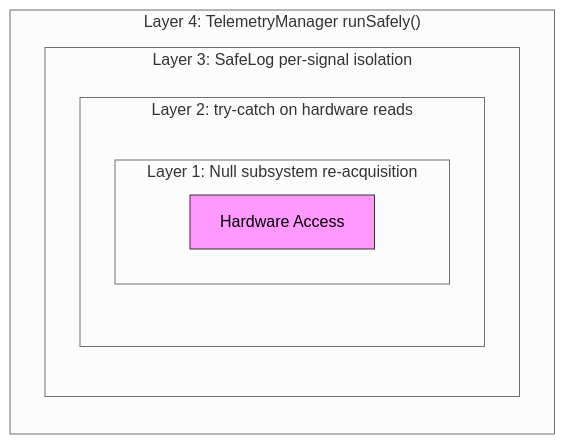
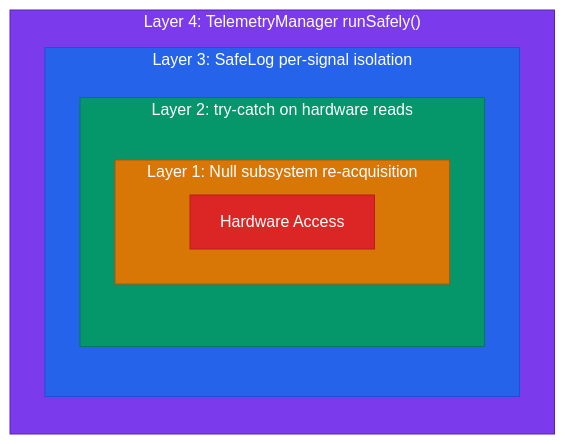
The diagram in docs/architecture/safety-architecture.md (eeveemara/frc5962-2026-docs), drawn with Mermaid (neutral theme) before and after one commit. The commit also changed 14 other files, not shown here.

Commit message:
Add explicit colors to all 20 mermaid diagrams for GitBook dark mode

````diff
--- a/docs/architecture/safety-architecture.md
+++ b/docs/architecture/safety-architecture.md
@@ -11,17 +11,21 @@
 ```mermaid
 flowchart TB
-    subgraph "Layer 4: TelemetryManager runSafely()"
+    subgraph L4["Layer 4: TelemetryManager runSafely()"]
         direction TB
-        subgraph "Layer 3: SafeLog per-signal isolation"
+        subgraph L3["Layer 3: SafeLog per-signal isolation"]
             direction TB
-            subgraph "Layer 2: try-catch on hardware reads"
+            subgraph L2["Layer 2: try-catch on hardware reads"]
                 direction TB
-                subgraph "Layer 1: Null subsystem re-acquisition"
+                subgraph L1["Layer 1: Null subsystem re-acquisition"]
                     HW[Hardware Access]
                 end
             end
         end
     end
 
-    style HW fill:#f9f,stroke:#333
+    style L4 fill:#7c3aed,stroke:#5b21b6,color:#fff
+    style L3 fill:#2563eb,stroke:#1d4ed8,color:#fff
+    style L2 fill:#059669,stroke:#047857,color:#fff
+    style L1 fill:#d97706,stroke:#b45309,color:#fff
+    style HW fill:#dc2626,stroke:#b91c1c,color:#fff
 ```
````
